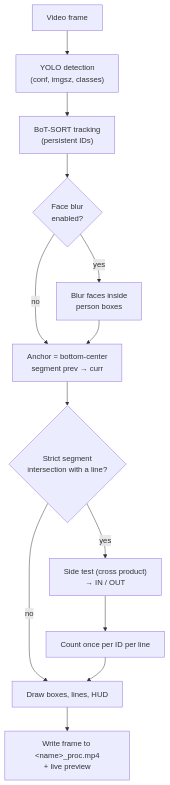
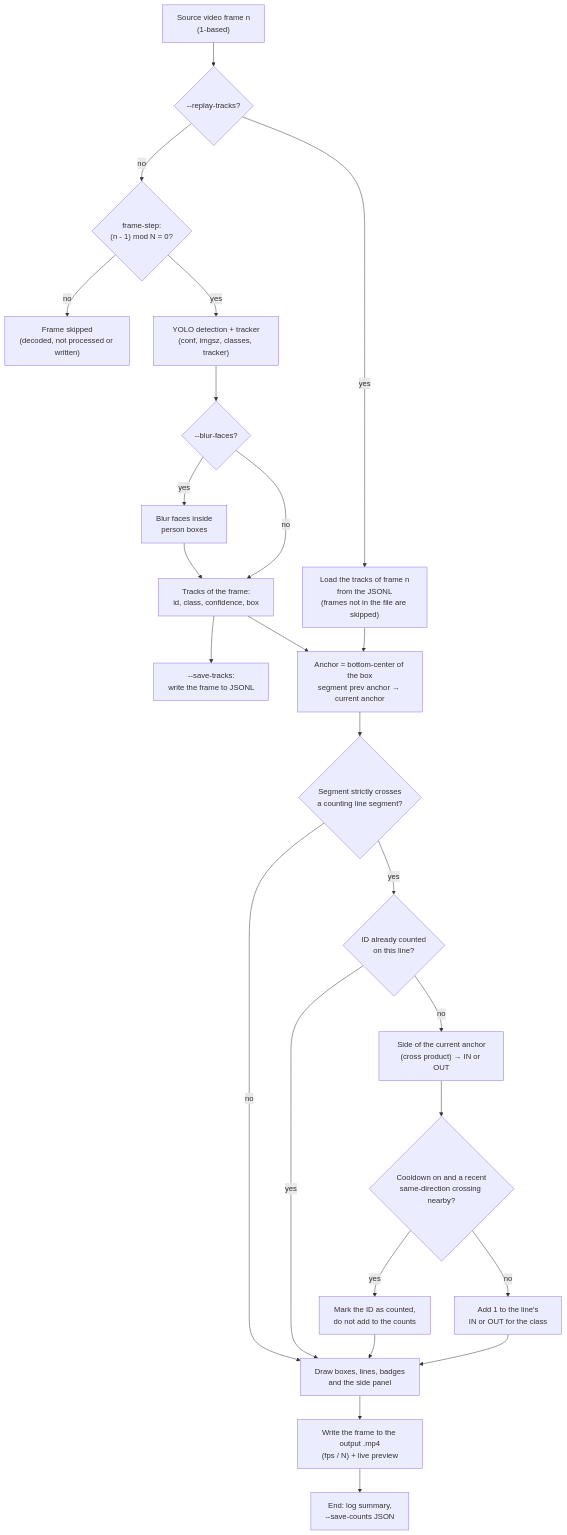
One commit to karemdm/directional-line-crossing-counter changed the diagram in docs/how-it-works.md. Above: the diagram before and after it, drawn with Mermaid. The commit also changed other lines of this file and 1 other file, not shown here.

Commit message:
docs: update the pipeline diagram and describe frame step, replay, cooldown and edge cases

````diff
--- a/docs/how-it-works.md
+++ b/docs/how-it-works.md
@@ -8,15 +8,27 @@
 ```mermaid
 flowchart TD
-    A["Video frame"] --> B["YOLO detection<br/>(conf, imgsz, classes)"]
-    B --> C["BoT-SORT tracking<br/>(persistent IDs)"]
-    C --> D{"Face blur<br/>enabled?"}
+    A["Source video frame n<br/>(1-based)"] --> R{"--replay-tracks?"}
+    R -- no --> K{"frame-step:<br/>(n - 1) mod N = 0?"}
+    K -- no --> Z["Frame skipped<br/>(decoded, not processed or written)"]
+    K -- yes --> B["YOLO detection + tracker<br/>(conf, imgsz, classes, tracker)"]
+    B --> D{"--blur-faces?"}
     D -- yes --> E["Blur faces inside<br/>person boxes"]
-    D -- no --> F
-    E --> F["Anchor = bottom-center<br/>segment prev → curr"]
-    F --> G{"Strict segment<br/>intersection with a line?"}
+    D -- no --> T
+    E --> T["Tracks of the frame:<br/>id, class, confidence, box"]
+    T --> W["--save-tracks:<br/>write the frame to JSONL"]
+    R -- yes --> L["Load the tracks of frame n<br/>from the JSONL<br/>(frames not in the file are skipped)"]
+    L --> U["Anchor = bottom-center of the box<br/>segment prev anchor → current anchor"]
+    T --> U
+    U --> G{"Segment strictly crosses<br/>a counting line segment?"}
     G -- no --> J
-    G -- yes --> H["Side test (cross product)<br/>→ IN / OUT"]
-    H --> I["Count once per ID per line"]
-    I --> J["Draw boxes, lines, HUD"]
-    J --> K["Write frame to &lt;name&gt;_proc.mp4<br/>+ live preview"]
+    G -- yes --> M{"ID already counted<br/>on this line?"}
+    M -- yes --> J
+    M -- no --> H["Side of the current anchor<br/>(cross product) → IN or OUT"]
+    H --> Q{"Cooldown on and a recent<br/>same-direction crossing nearby?"}
+    Q -- yes --> P["Mark the ID as counted,<br/>do not add to the counts"]
+    Q -- no --> I["Add 1 to the line's<br/>IN or OUT for the class"]
+    P --> J
+    I --> J["Draw boxes, lines, badges<br/>and the side panel"]
+    J --> O["Write the frame to the output .mp4<br/>(fps / N) + live preview"]
+    O --> C["End: log summary,<br/>--save-counts JSON"]
 ```
````
